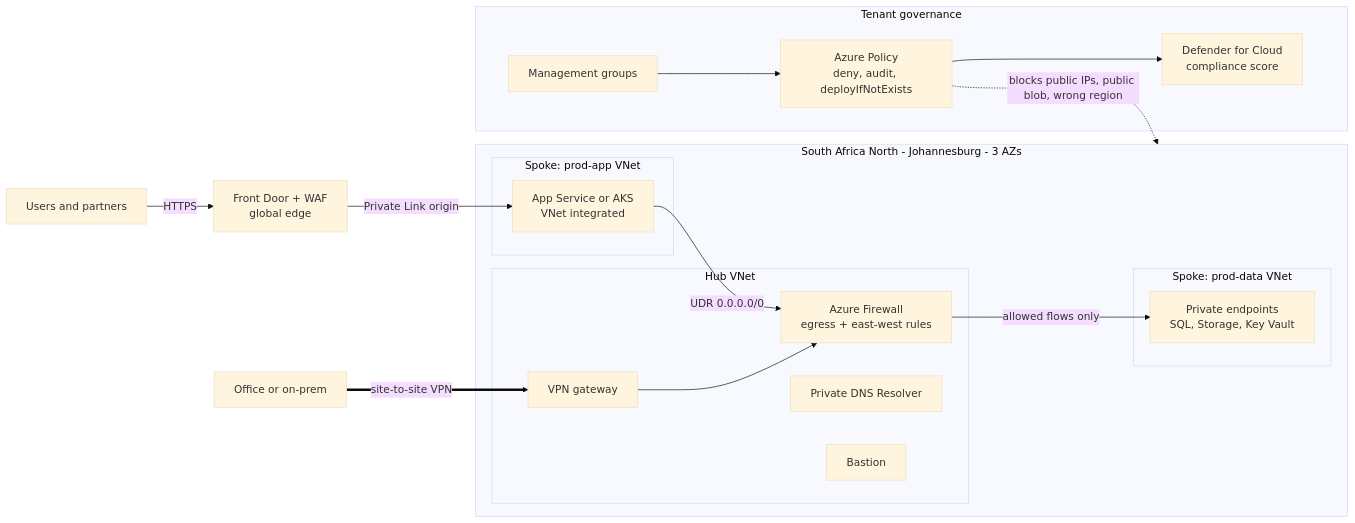
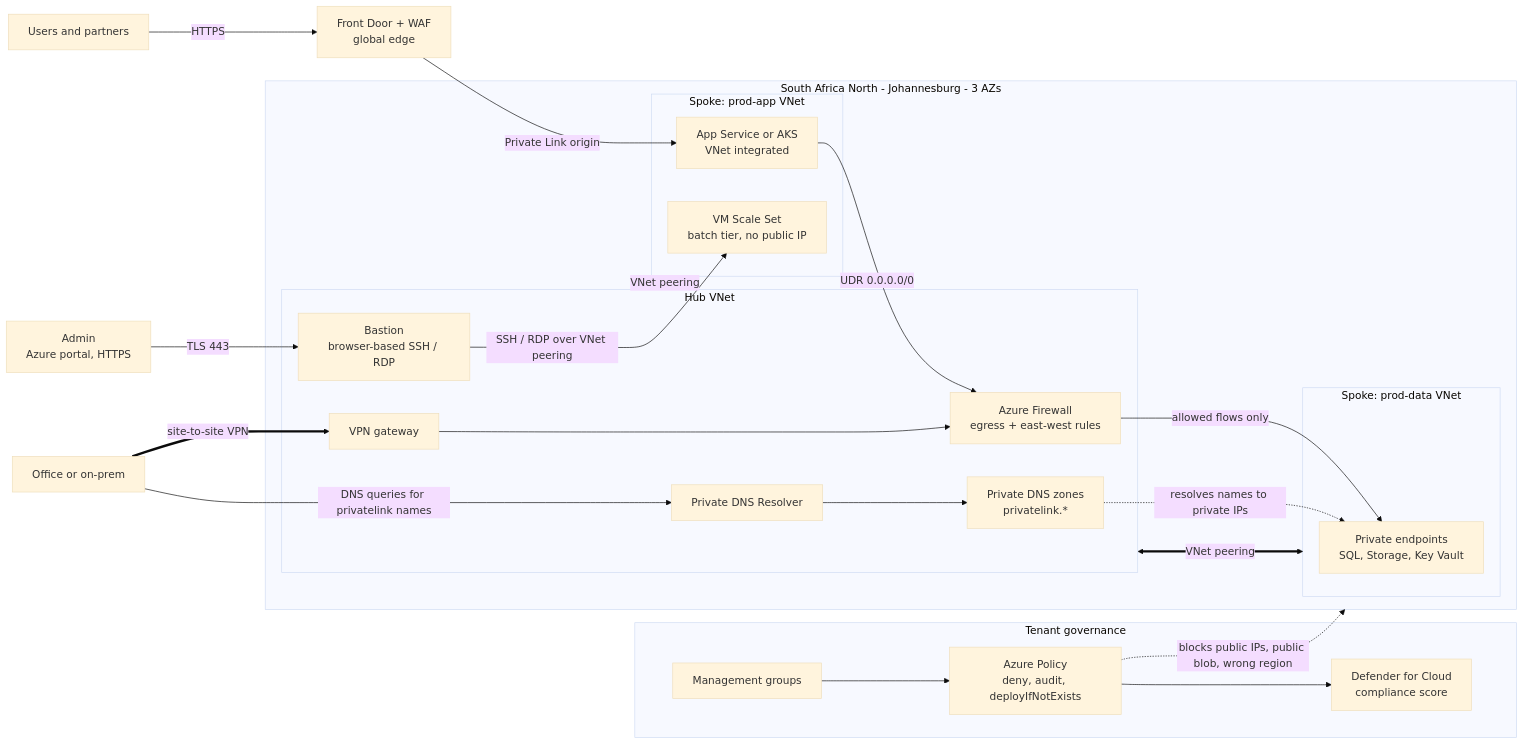
Before and after one commit to sharifndlovu123/regulated-landing-zone: the second of 4 diagrams in README.md, drawn with Mermaid (base theme). The commit also changed other lines of this file, not shown here.

Commit message:
Add additional components and connections to the architecture diagram in README

````diff
--- a/README.md
+++ b/README.md
@@ -154,28 +161,37 @@
 ```mermaid
 flowchart LR
   U["Users and partners"] -->|"HTTPS"| FD["Front Door + WAF<br/>global edge"]
   subgraph SAN["South Africa North - Johannesburg - 3 AZs"]
     subgraph HUB["Hub VNet"]
       GW["VPN gateway"]
       FW["Azure Firewall<br/>egress + east-west rules"]
       DNSR["Private DNS Resolver"]
-      BAS["Bastion"]
+      DNSZ["Private DNS zones<br/>privatelink.*"]
+      BAS["Bastion<br/>browser-based SSH / RDP"]
     end
     subgraph APPV["Spoke: prod-app VNet"]
       APP["App Service or AKS<br/>VNet integrated"]
+      VM["VM Scale Set<br/>batch tier, no public IP"]
     end
     subgraph DATAV["Spoke: prod-data VNet"]
       PE["Private endpoints<br/>SQL, Storage, Key Vault"]
     end
   end
   ONP["Office or on-prem"] ==>|"site-to-site VPN"| GW
   FD -->|"Private Link origin"| APP
   APP -->|"UDR 0.0.0.0/0"| FW
   FW -->|"allowed flows only"| PE
   GW --> FW
+  HUB <==>|"VNet peering"| APPV
+  HUB <==>|"VNet peering"| DATAV
+  ADM["Admin<br/>Azure portal, HTTPS"] -->|"TLS 443"| BAS
+  BAS -->|"SSH / RDP over VNet peering"| VM
+  ONP -->|"DNS queries for privatelink names"| DNSR
+  DNSR --> DNSZ
+  DNSZ -.->|"resolves names to private IPs"| PE
   subgraph GOV["Tenant governance"]
     MG["Management groups"] --> POL["Azure Policy<br/>deny, audit, deployIfNotExists"]
     POL --> DEF["Defender for Cloud<br/>compliance score"]
   end
   POL -.->|"blocks public IPs, public blob, wrong region"| SAN
 ```
````
